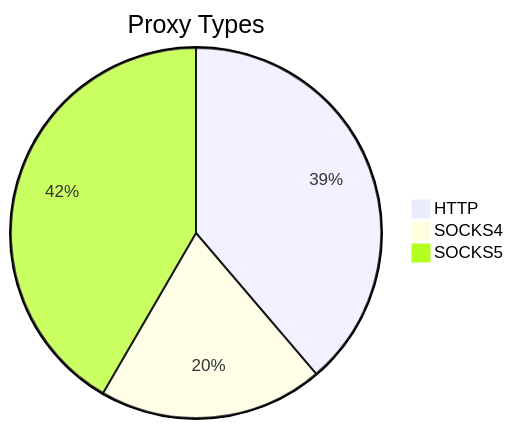
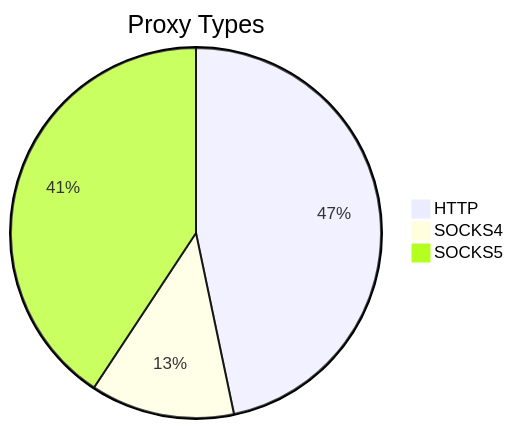
Before and after one commit to stormsia/proxy-list: the first of 2 diagrams in README.md, drawn with Mermaid. The commit also changed other lines of this file, not shown here.

````diff
--- a/README.md
+++ b/README.md
@@ -21,6 +21,6 @@
 ```mermaid
 pie title Proxy Types
-    "HTTP" : 81
-    "SOCKS4" : 41
-    "SOCKS5" : 87
+    "HTTP" : 78
+    "SOCKS4" : 21
+    "SOCKS5" : 68
 ```
````
